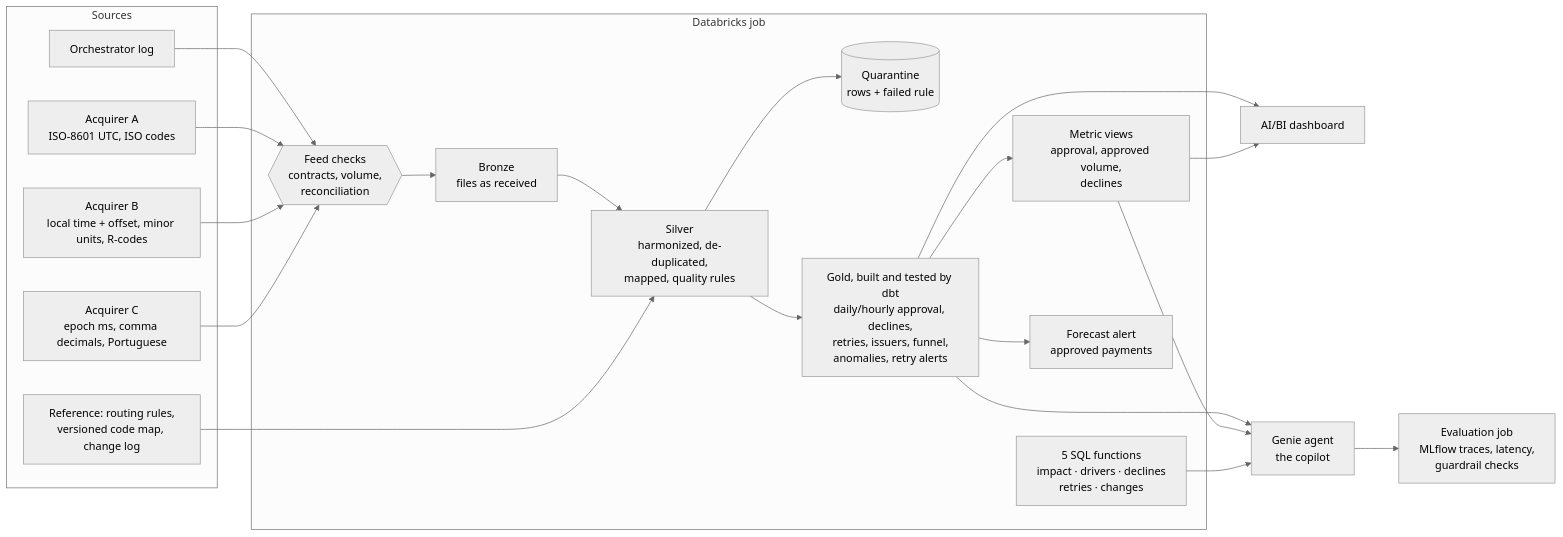
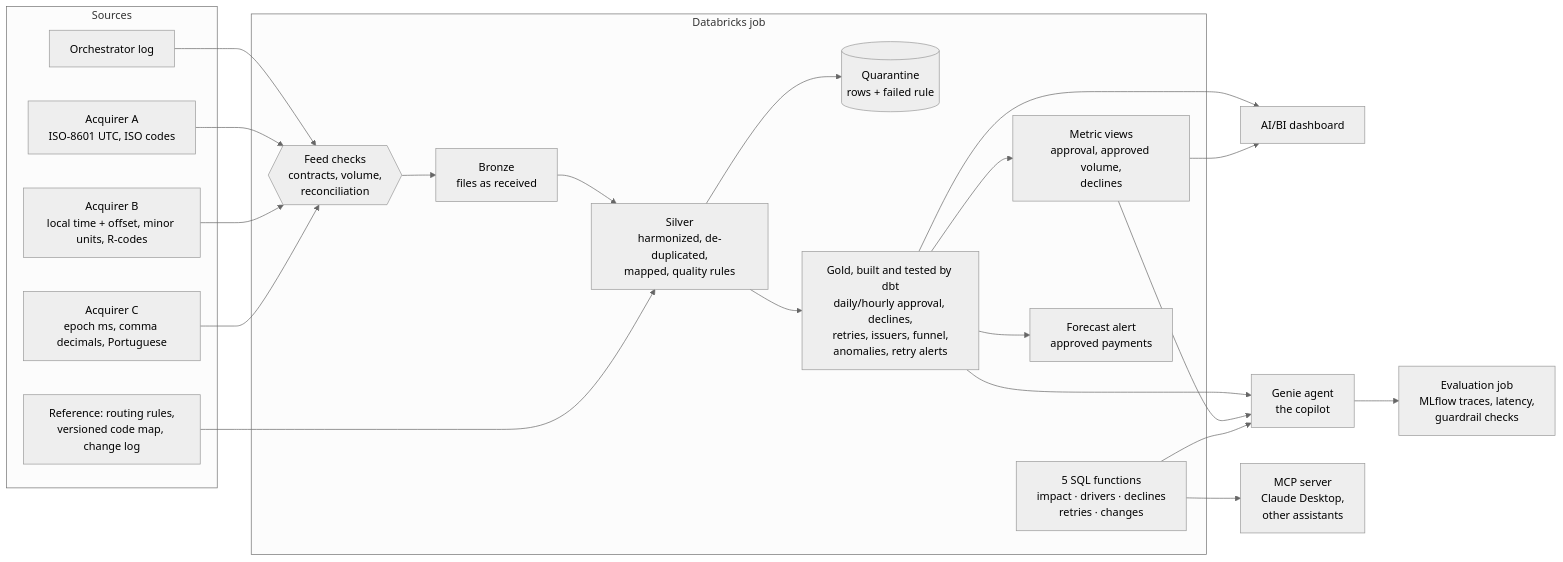
Before and after one commit to JaviSalazar31/approval-rate-copilot: the diagram in README.md, drawn with Mermaid (neutral theme). The commit also changed other lines of this file and 14 other files, not shown here.

First line of the commit message:
Publish Genie run 6, the third held-out set and the MCP server

````diff
--- a/README.md
+++ b/README.md
@@ -68,31 +70,32 @@
 ```mermaid
 flowchart LR
   subgraph Sources
     O[Orchestrator log]
     A[Acquirer A<br/>ISO-8601 UTC, ISO codes]
     B[Acquirer B<br/>local time + offset, minor units, R-codes]
     C[Acquirer C<br/>epoch ms, comma decimals, Portuguese]
     R[Reference: routing rules,<br/>versioned code map, change log]
   end
   subgraph Databricks["Databricks job"]
     CK{{Feed checks<br/>contracts, volume,<br/>reconciliation}}
     BR[Bronze<br/>files as received]
     SI[Silver<br/>harmonized, de-duplicated,<br/>mapped, quality rules]
     Q[(Quarantine<br/>rows + failed rule)]
     GO[Gold, built and tested by dbt<br/>daily/hourly approval, declines,<br/>retries, issuers, funnel,<br/>anomalies, retry alerts]
     MV[Metric views<br/>approval, approved volume,<br/>declines]
     FN[5 SQL functions<br/>impact · drivers · declines<br/>retries · changes]
     VA[Forecast alert<br/>approved payments]
   end
   O & A & B & C --> CK --> BR --> SI --> GO
   R --> SI
   SI --> Q
   GO --> VA
   GO --> MV
   GO --> D[AI/BI dashboard]
   MV --> D
   GO --> G[Genie agent<br/>the copilot]
   MV --> G
   FN --> G
   G --> E[Evaluation job<br/>MLflow traces, latency,<br/>guardrail checks]
+  FN --> M[MCP server<br/>Claude Desktop,<br/>other assistants]
 ```
````
